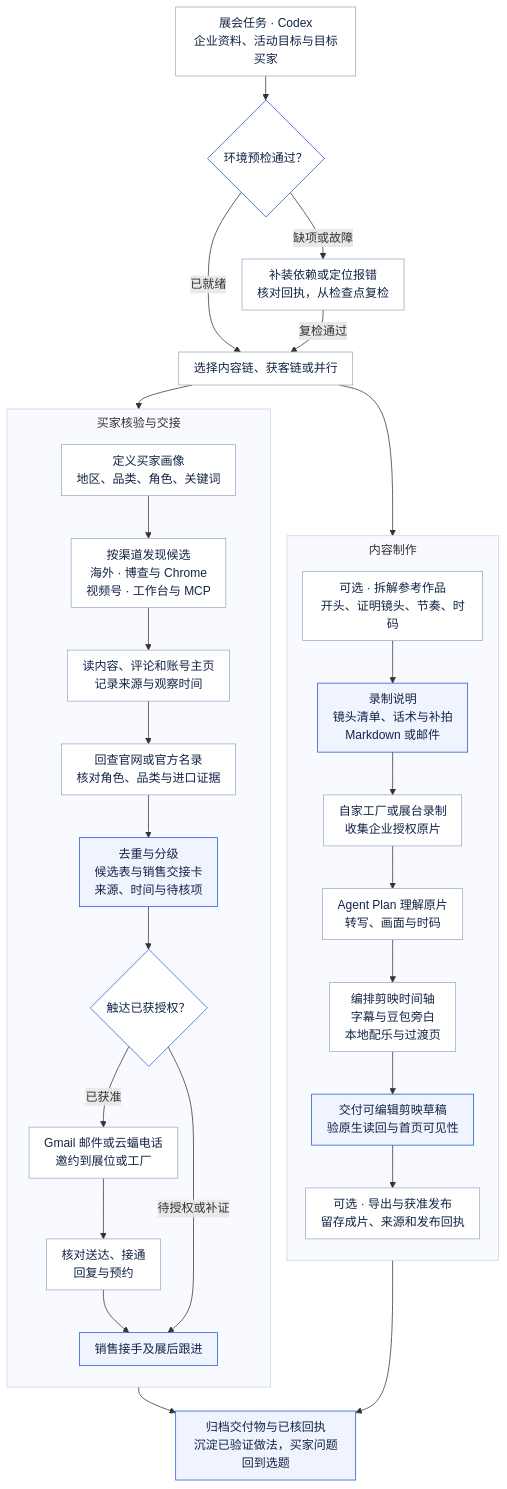
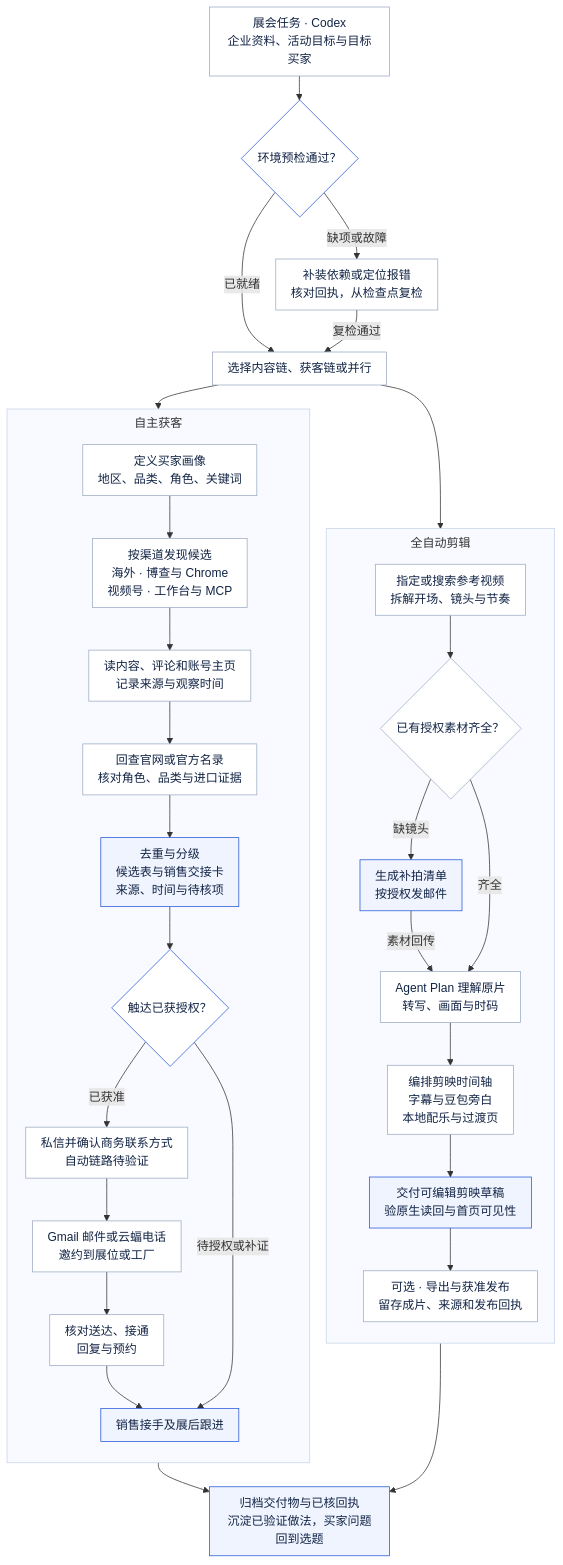
The diagram in README.md (yuxuan6426/clipsignal), drawn with Mermaid before and after one commit. The commit also changed other lines of this file and 8 other files, not shown here.

````diff
--- a/README.md
+++ b/README.md
@@ -42,47 +42,49 @@
 ```mermaid
 %%{init: {"flowchart": {"nodeSpacing": 22, "rankSpacing": 32, "padding": 10, "subGraphTitleMargin": {"top": 7, "bottom": 12}}}}%%
 flowchart TD
     accTitle: ClipSignal 展会内容制作与买家核验
-    accDescr: Codex 预检后选择内容制作、买家核验或两者并行。内容链交付录制说明和剪映草稿，获客链交付有来源的候选表与销售交接卡。授权后的发布和邀约另核回执。
+    accDescr: Codex 可运行全自动剪辑、自主获客或两者并行。剪辑复用工作区素材并按需请求补拍。获客从作品、评论到候选核验与授权跟进。
 
     Task["展会任务 · Codex<br/>企业资料、活动目标与目标买家"] --> Preflight{"环境预检通过？"}
     Preflight -->|已就绪| Route["选择内容链、获客链或并行"]
     Preflight -->|缺项或故障| Repair["补装依赖或定位报错<br/>核对回执，从检查点复检"]
     Repair -->|复检通过| Route
 
-    subgraph Media["内容制作"]
+    subgraph Media["全自动剪辑"]
         direction TB
-        Reference["可选 · 拆解参考作品<br/>开头、证明镜头、节奏、时码"] --> ShotList["录制说明<br/>镜头清单、话术与补拍<br/>Markdown 或邮件"]
-        ShotList --> Shoot["自家工厂或展台录制<br/>收集企业授权原片"]
-        Shoot --> Analyze["Agent Plan 理解原片<br/>转写、画面与时码"]
+        Reference["指定或搜索参考视频<br/>拆解开场、镜头与节奏"] --> Footage{"已有授权素材齐全？"}
+        Footage -->|缺镜头| ShotList["生成补拍清单<br/>按授权发邮件"]
+        ShotList -->|素材回传| Analyze["Agent Plan 理解原片<br/>转写、画面与时码"]
+        Footage -->|齐全| Analyze
         Analyze --> Timeline["编排剪映时间轴<br/>字幕与豆包旁白<br/>本地配乐与过渡页"]
         Timeline --> Draft["交付可编辑剪映草稿<br/>验原生读回与首页可见性"]
         Draft --> Publish["可选 · 导出与获准发布<br/>留存成片、来源和发布回执"]
     end
 
-    subgraph Leads["买家核验与交接"]
+    subgraph Leads["自主获客"]
         direction TB
         Profile["定义买家画像<br/>地区、品类、角色、关键词"] --> Find["按渠道发现候选<br/>海外 · 博查与 Chrome<br/>视频号 · 工作台与 MCP"]
         Find --> Read["读内容、评论和账号主页<br/>记录来源与观察时间"]
         Read --> Evidence["回查官网或官方名录<br/>核对角色、品类与进口证据"]
         Evidence --> Pack["去重与分级<br/>候选表与销售交接卡<br/>来源、时间与待核项"]
         Pack --> Approval{"触达已获授权？"}
-        Approval -->|已获准| Invite["Gmail 邮件或云蝠电话<br/>邀约到展位或工厂"]
+        Approval -->|已获准| Contact["私信并确认商务联系方式<br/>自动链路待验证"]
+        Contact --> Invite["Gmail 邮件或云蝠电话<br/>邀约到展位或工厂"]
         Invite --> Receipt["核对送达、接通<br/>回复与预约"]
         Receipt --> Handoff["销售接手及展后跟进"]
         Approval -->|待授权或补证| Handoff
     end
 
     Route --> Reference
     Route --> Profile
     Publish --> Close["归档交付物与已核回执<br/>沉淀已验证做法，买家问题回到选题"]
     Handoff --> Close
 
     classDef default fill:#fff,stroke:#9babc2,color:#122445
     style Media fill:#f8faff,stroke:#c5d3e9
     style Leads fill:#f8faff,stroke:#c5d3e9
     classDef deliver fill:#eff4ff,stroke:#2457d6,color:#122445
     classDef check fill:#fff,stroke:#2457d6,color:#122445
     class ShotList,Draft,Pack,Handoff,Close deliver
     class Preflight,Approval check
 ```
````
